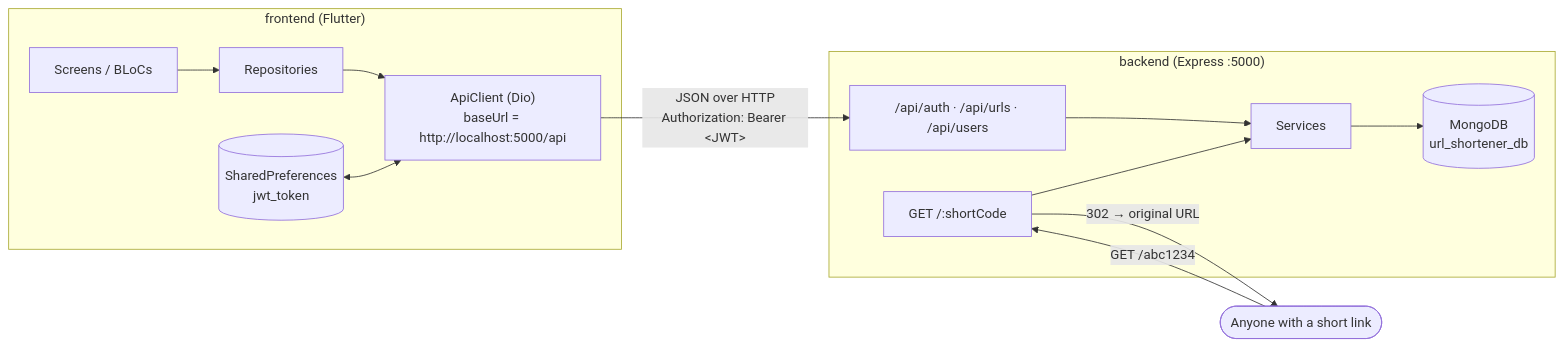
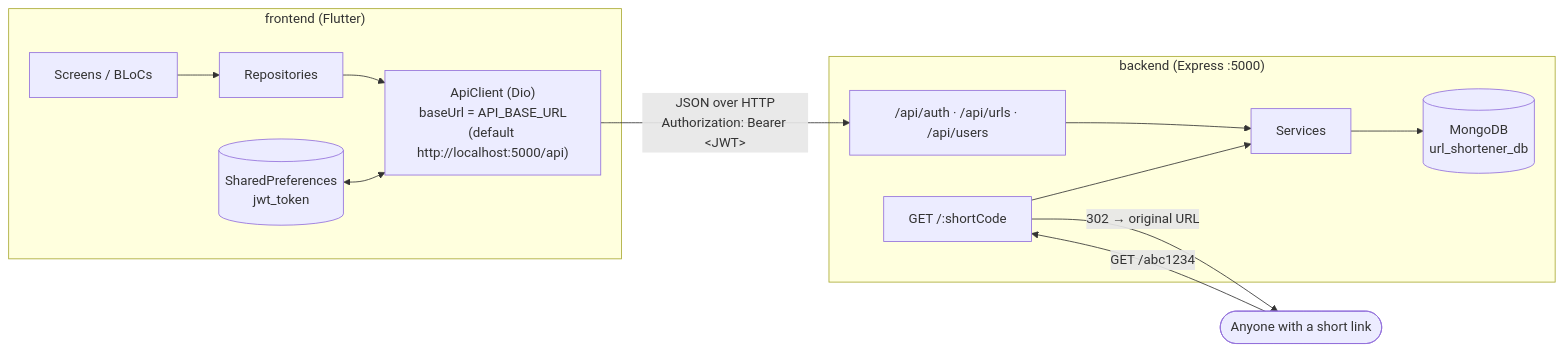
One commit to moyeenhaider3/shortly changed the first of 3 diagrams in README.md. Above: the diagram before and after it, drawn with Mermaid. The commit also changed other lines of this file and 7 other files, not shown here.

````diff
--- a/README.md
+++ b/README.md
@@ -16,17 +16,17 @@
 ```mermaid
 flowchart LR
     subgraph Client["frontend (Flutter)"]
         UI[Screens / BLoCs] --> Repo[Repositories]
-        Repo --> Api["ApiClient (Dio)<br/>baseUrl = http://localhost:5000/api"]
+        Repo --> Api["ApiClient (Dio)<br/>baseUrl = API_BASE_URL<br/>(default http://localhost:5000/api)"]
         Prefs[(SharedPreferences<br/>jwt_token)] <--> Api
     end
 
     subgraph Server["backend (Express :5000)"]
         Routes["/api/auth · /api/urls · /api/users"] --> Services --> DB[(MongoDB<br/>url_shortener_db)]
         Redirect["GET /:shortCode"] --> Services
     end
 
     Api -- "JSON over HTTP<br/>Authorization: Bearer &lt;JWT&gt;" --> Routes
     Visitor([Anyone with a short link]) -- "GET /abc1234" --> Redirect
     Redirect -- "302 → original URL" --> Visitor
 ```
````
